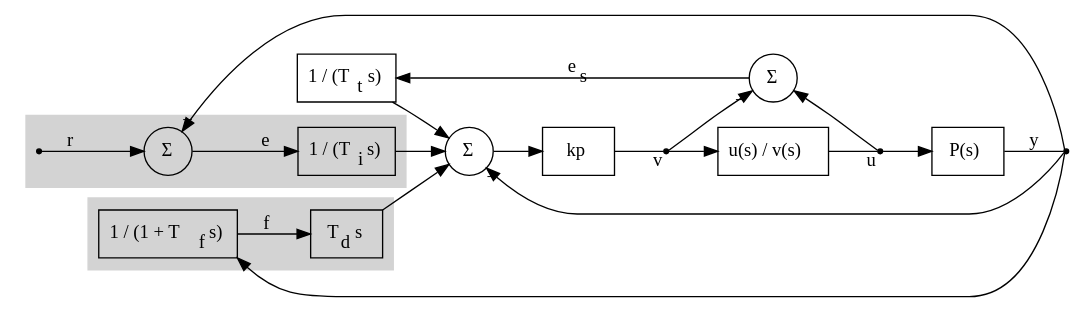
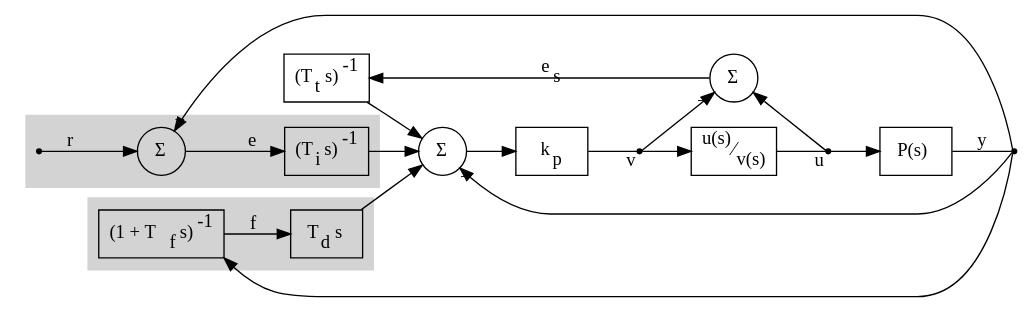
The diagram in writeups/helm.dot (RhysU/suzerain), drawn with Graphviz before and after one commit.

Commit message:
suzerain: #3012 now more mathy

```diff
--- a/writeups/helm.dot
+++ b/writeups/helm.dot
@@ -1,51 +1,51 @@
 digraph g {
 
     rankdir=LR;
     style=filled;     // DEBUG
     color=lightgrey;  // DEBUG
 
     subgraph cluster_0 {
         D      [shape=record, label=<T<SUB>d</SUB>&thinsp;s>];
-        filter [shape=record, label=<1 / (1 + T<SUB>f</SUB>&thinsp;s)>];
+        filter [shape=record, label=<(1 + T<SUB>f</SUB>&thinsp;s)<SUP>-1</SUP>>];
     }
 
     subgraph cluster_1 {
         r     [shape=point];
         sumIt [shape=circle, label=<&#931;>];
-        Ii    [shape=record, label=<1 / (T<SUB>i</SUB>&thinsp;s)>];
+        Ii    [shape=record, label=<(T<SUB>i</SUB>&thinsp;s)<SUP>-1</SUP>>];
     }
 
     sum_gain [shape=circle, label=<&#931;>];
-    gain     [shape=record, label=<kp>];
+    gain     [shape=record, label=<k<SUB>p</SUB>>];
     v        [shape=point];
-    actuator [shape=record, label=<u(s) / v(s)>];
+    actuator [shape=record, label=<<SUP>u(s)</SUP>&frasl;<SUB>v(s)</SUB>>];
     u        [shape=point,  label=<u>];
     process  [shape=record, label=<P(s)>];
     y        [shape=point];
-    It       [shape=record, label=<1 / (T<SUB>t</SUB>&thinsp;s)>];
+    It       [shape=record, label=<(T<SUB>t</SUB>&thinsp;s)<SUP>-1</SUP>>];
     sum_es   [shape=circle, label=<&#931;>];
 
     actuator -> u        [arrowhead=none, headlabel=<u>];
     filter   -> D        [label=<f>];
     gain     -> v        [arrowhead=none, headlabel=<v>];
     u        -> process  [];
     v        -> actuator [];
 
     D        -> sum_gain [];
     It       -> sum_gain [];
     Ii       -> sum_gain [];
     sum_gain -> gain     [];
 
     r        -> sumIt    [label=<r>];
     sumIt    -> Ii       [label=<e>];
 
     It       -> sum_es   [dir=back, label=<e<SUB>s</SUB>>];
     sum_es   -> u        [dir=back];
     v        -> sum_es   [headlabel=<&#8722;>];
 
     process  -> y        [arrowhead=none, label=<y>, weight=2];
     filter   -> y        [dir=back, tailport=se];
     sum_gain -> y        [dir=back, taillabel=<&#8722;>];
     sumIt    -> y        [dir=back, taillabel=<&#8722;>];
 
 }
```
